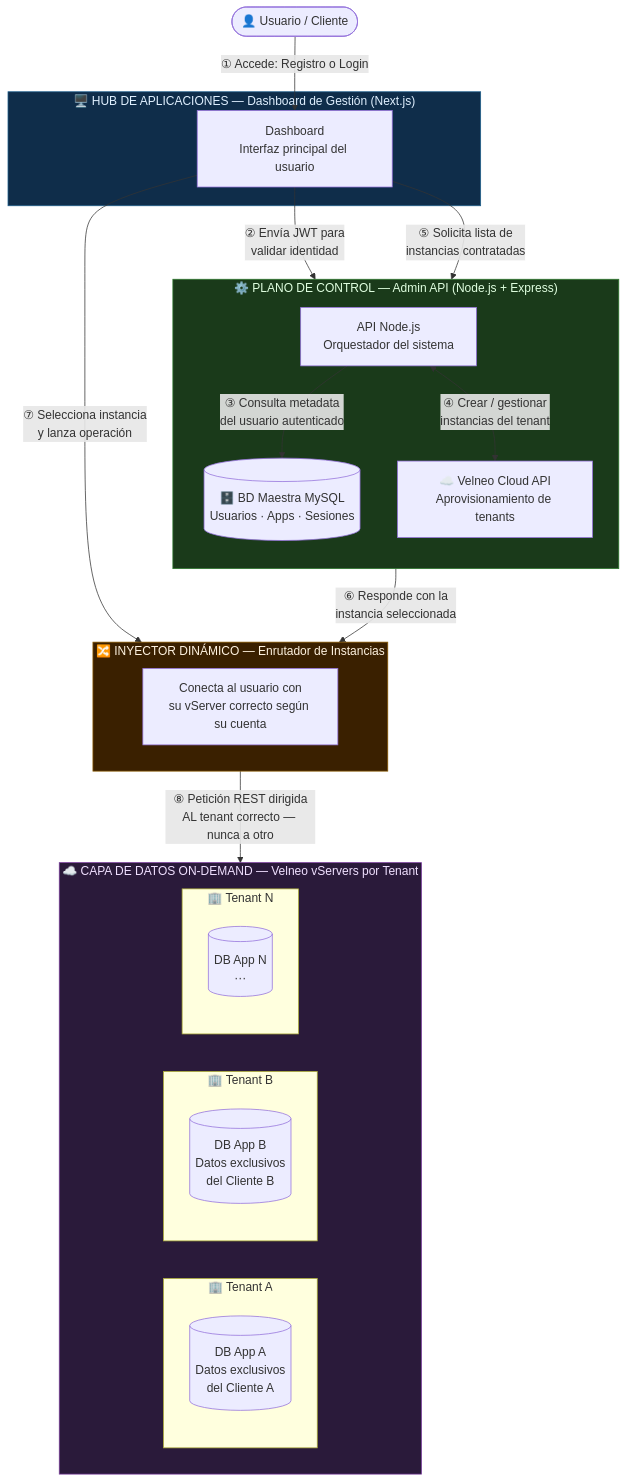
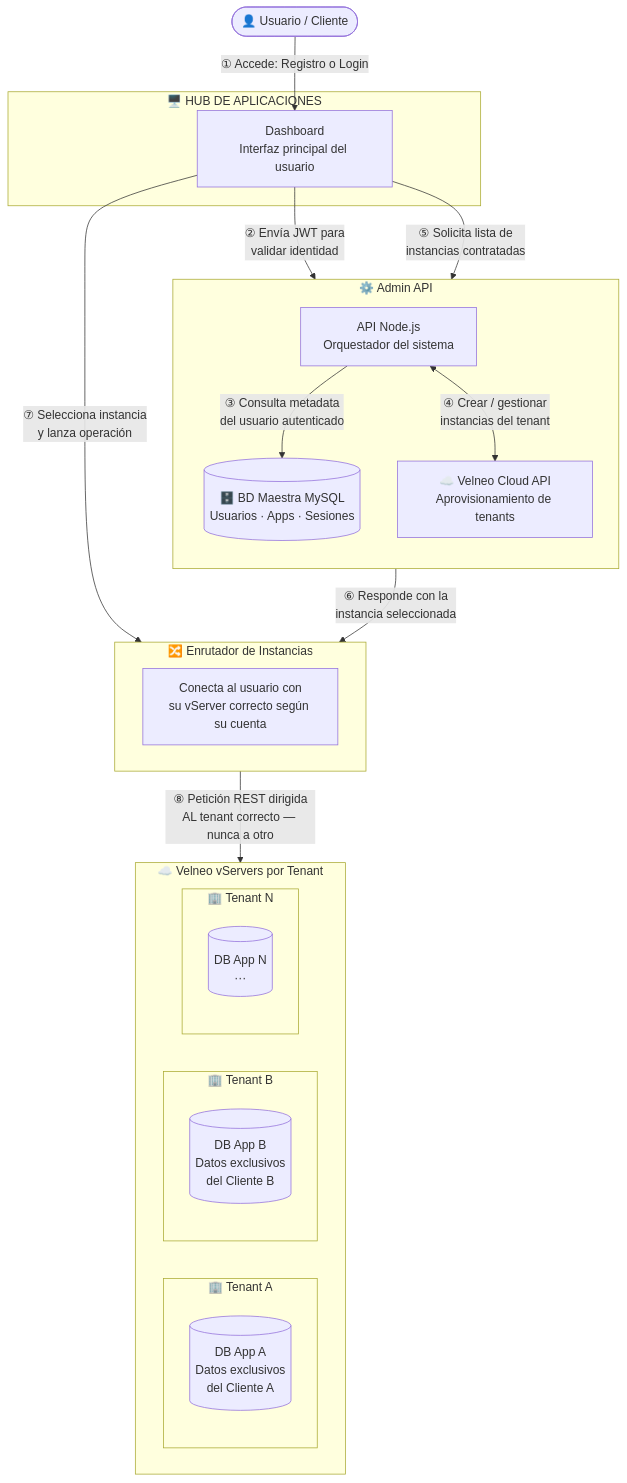
One commit to arturomiranda/ds-qs changed the first of 4 diagrams in web/Datta-Erp_Blueprint.md. Above: the diagram before and after it, drawn with Mermaid. The commit also changed other lines of this file, not shown here.

````diff
--- a/web/Datta-Erp_Blueprint.md
+++ b/web/Datta-Erp_Blueprint.md
@@ -19,51 +19,46 @@
 ```mermaid
 flowchart TD
     U(["👤 Usuario / Cliente"])
 
     U -->|"① Accede: Registro o Login"| DASH
 
-    subgraph HUB["🖥️  HUB DE APLICACIONES  —  Dashboard de Gestión  (Next.js)"]
+    subgraph HUB["🖥️ HUB DE APLICACIONES"]
         DASH["Dashboard\nInterfaz principal del usuario"]
     end
 
-    subgraph PC["⚙️  PLANO DE CONTROL  —  Admin API  (Node.js + Express)"]
+    subgraph PC["⚙️ Admin API"]
         direction TB
         API["API Node.js\nOrquestador del sistema"]
         BDD[("🗄️ BD Maestra MySQL\nUsuarios · Apps · Sesiones")]
         VELNEO_ADMIN["☁️ Velneo Cloud API\nAprovisionamiento de tenants"]
 
         API -->|"③ Consulta metadata\ndel usuario autenticado"| BDD
         API <-->|"④ Crear / gestionar\ninstancias del tenant"| VELNEO_ADMIN
     end
 
     DASH -->|"② Envía JWT para\nvalidar identidad"| API
 
     DASH -->|"⑤ Solicita lista de\ninstancias contratadas"| API
 
-    subgraph INY["🔀  INYECTOR DINÁMICO  —  Enrutador de Instancias"]
+    subgraph INY["🔀  Enrutador de Instancias"]
         INYECTOR["Conecta al usuario con\nsu vServer correcto según su cuenta"]
     end
 
     API -->|"⑥ Responde con la\ninstancia seleccionada"| INY
     DASH -->|"⑦ Selecciona instancia\ny lanza operación"| INY
 
-    subgraph CAPA["☁️  CAPA DE DATOS ON-DEMAND  —  Velneo vServers por Tenant"]
+    subgraph CAPA["☁️ Velneo vServers por Tenant"]
         direction LR
         subgraph VA["🏢 Tenant A"]
             DBA[("DB App A\nDatos exclusivos\ndel Cliente A")]
         end
         subgraph VB["🏢 Tenant B"]
             DBB[("DB App B\nDatos exclusivos\ndel Cliente B")]
         end
         subgraph VN["🏢 Tenant N"]
             DBN[("DB App N\n···")]
         end
     end
 
     INY -->|"⑧ Petición REST dirigida\nAL tenant correcto — nunca a otro"| CAPA
-
-    style HUB fill:#0f2d4a,color:#e0f0ff,stroke:#1e5f8c
-    style PC fill:#1a3a1a,color:#e0ffe0,stroke:#2d7a2d
-    style INY fill:#3a2000,color:#fff3e0,stroke:#8c5a00
-    style CAPA fill:#2a1a3a,color:#f0e0ff,stroke:#7a3d9e
 ```
````
